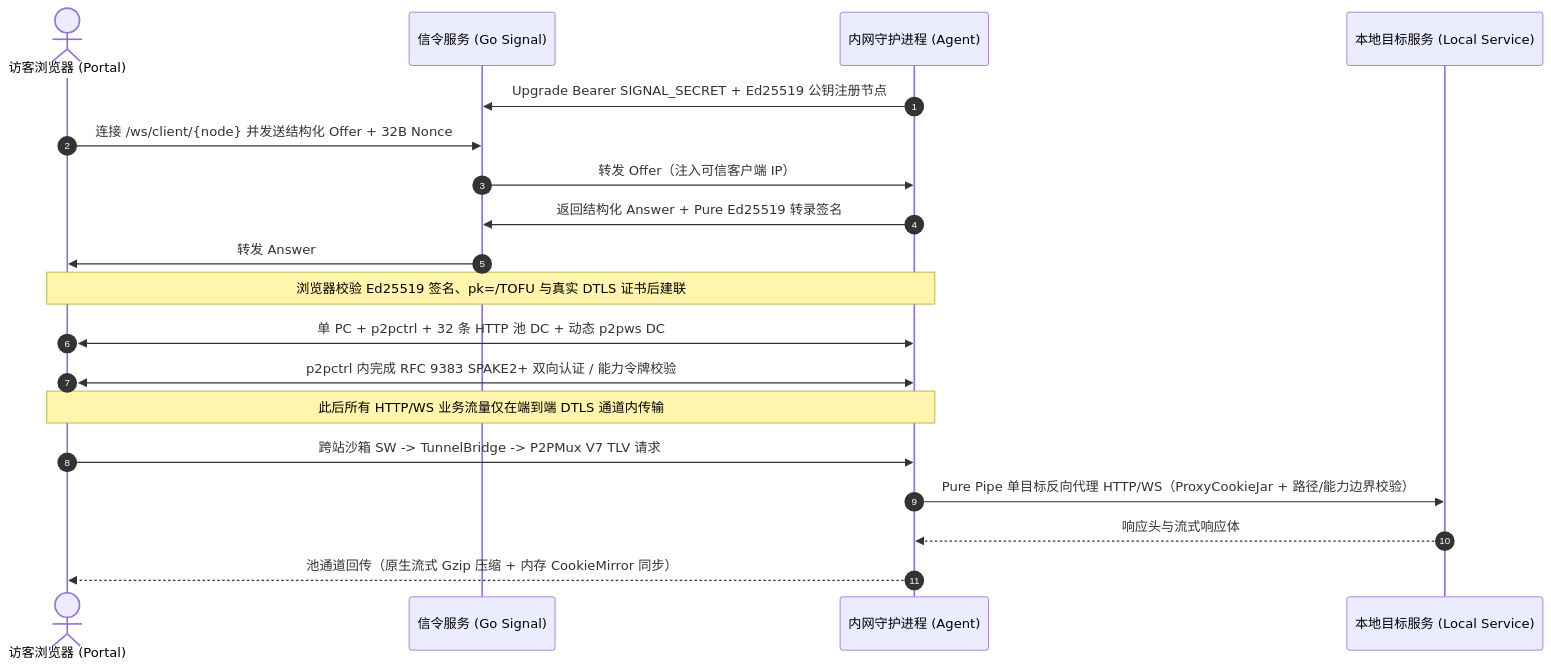
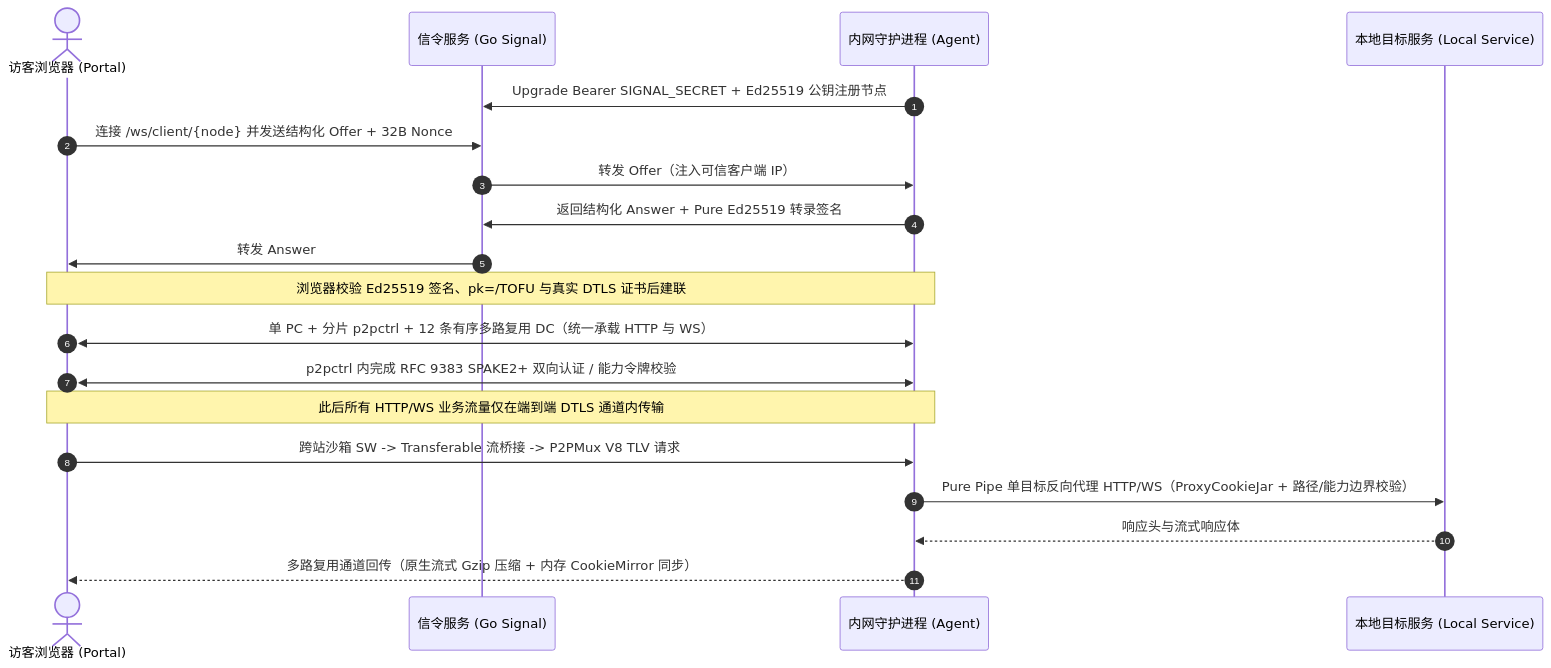
One commit to BeingNoAbility/WebRTC-Gateway changed the diagram in README.md. Above: the diagram before and after it, drawn with Mermaid. The commit also changed other lines of this file and 118 other files, not shown here.

````diff
--- a/README.md
+++ b/README.md
@@ -92,24 +93,24 @@
 ```mermaid
 sequenceDiagram
     autonumber
     actor Visitor as 访客浏览器 (Portal)
     participant Signal as 信令服务 (Go Signal)
     participant Agent as 内网守护进程 (Agent)
     participant Target as 本地目标服务 (Local Service)
 
     Agent->>Signal: Upgrade Bearer SIGNAL_SECRET + Ed25519 公钥注册节点
     Visitor->>Signal: 连接 /ws/client/{node} 并发送结构化 Offer + 32B Nonce
     Signal->>Agent: 转发 Offer（注入可信客户端 IP）
     Agent->>Signal: 返回结构化 Answer + Pure Ed25519 转录签名
     Signal->>Visitor: 转发 Answer
     Note over Visitor,Agent: 浏览器校验 Ed25519 签名、pk=/TOFU 与真实 DTLS 证书后建联
 
-    Visitor<<->>Agent: 单 PC + p2pctrl + 32 条 HTTP 池 DC + 动态 p2pws DC
+    Visitor<<->>Agent: 单 PC + 分片 p2pctrl + 12 条有序多路复用 DC（统一承载 HTTP 与 WS）
     Visitor<<->>Agent: p2pctrl 内完成 RFC 9383 SPAKE2+ 双向认证 / 能力令牌校验
     Note over Visitor,Agent: 此后所有 HTTP/WS 业务流量仅在端到端 DTLS 通道内传输
 
-    Visitor->>Agent: 跨站沙箱 SW -> TunnelBridge -> P2PMux V7 TLV 请求
+    Visitor->>Agent: 跨站沙箱 SW -> Transferable 流桥接 -> P2PMux V8 TLV 请求
     Agent->>Target: Pure Pipe 单目标反向代理 HTTP/WS（ProxyCookieJar + 路径/能力边界校验）
     Target-->>Agent: 响应头与流式响应体
-    Agent-->>Visitor: 池通道回传（原生流式 Gzip 压缩 + 内存 CookieMirror 同步）
+    Agent-->>Visitor: 多路复用通道回传（原生流式 Gzip 压缩 + 内存 CookieMirror 同步）
 ```
````
